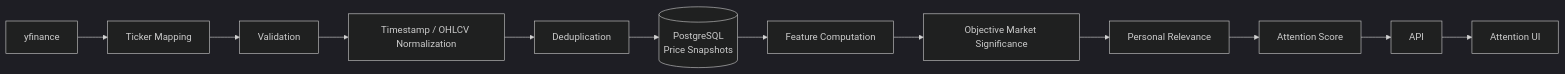
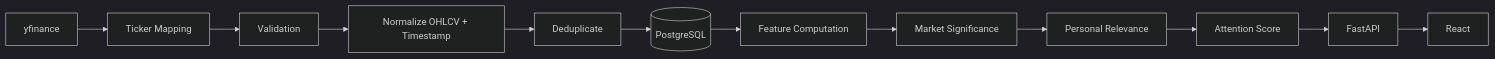
The third of 5 diagrams in README.md (Sanjana-1905/smart-watchlist), drawn with Mermaid (dark theme) before and after one commit. The commit also changed other lines of this file, not shown here.

````diff
--- a/README.md
+++ b/README.md
@@ -362,26 +619,16 @@
 ```mermaid
 flowchart LR
 
     Y["yfinance"]
-        --> M["Ticker Mapping"]
-
-    M --> V["Validation"]
-
-    V --> N["Timestamp / OHLCV Normalization"]
-
-    N --> D["Deduplication"]
-
-    D --> P[("PostgreSQL\nPrice Snapshots")]
-
-    P --> F["Feature Computation"]
-
-    F --> O["Objective Market Significance"]
-
-    O --> R["Personal Relevance"]
-
-    R --> A["Attention Score"]
-
-    A --> API["API"]
-
-    API --> UI["Attention UI"]
+    --> MAP["Ticker Mapping"]
+    --> VALIDATE["Validation"]
+    --> NORMALIZE["Normalize OHLCV + Timestamp"]
+    --> DEDUP["Deduplicate"]
+    --> PG[("PostgreSQL")]
+    --> FEATURES["Feature Computation"]
+    --> OBJECTIVE["Market Significance"]
+    --> PERSONAL["Personal Relevance"]
+    --> SCORE["Attention Score"]
+    --> API["FastAPI"]
+    --> UI["React"]
 ```
````
